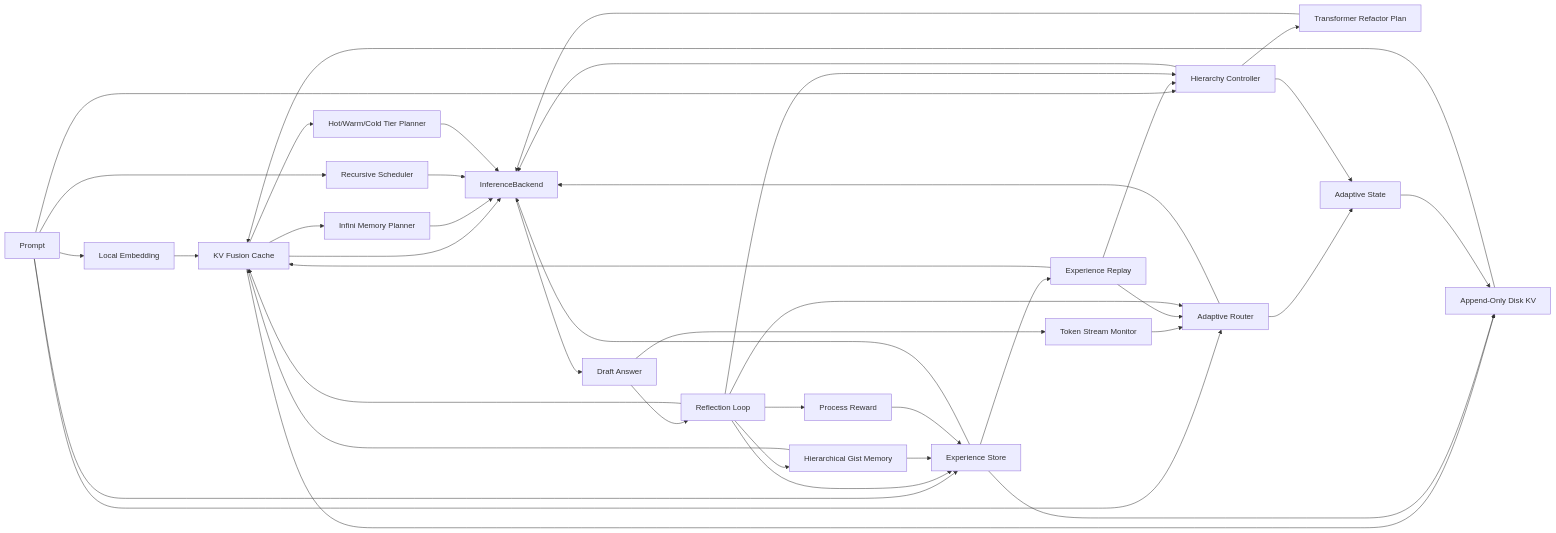
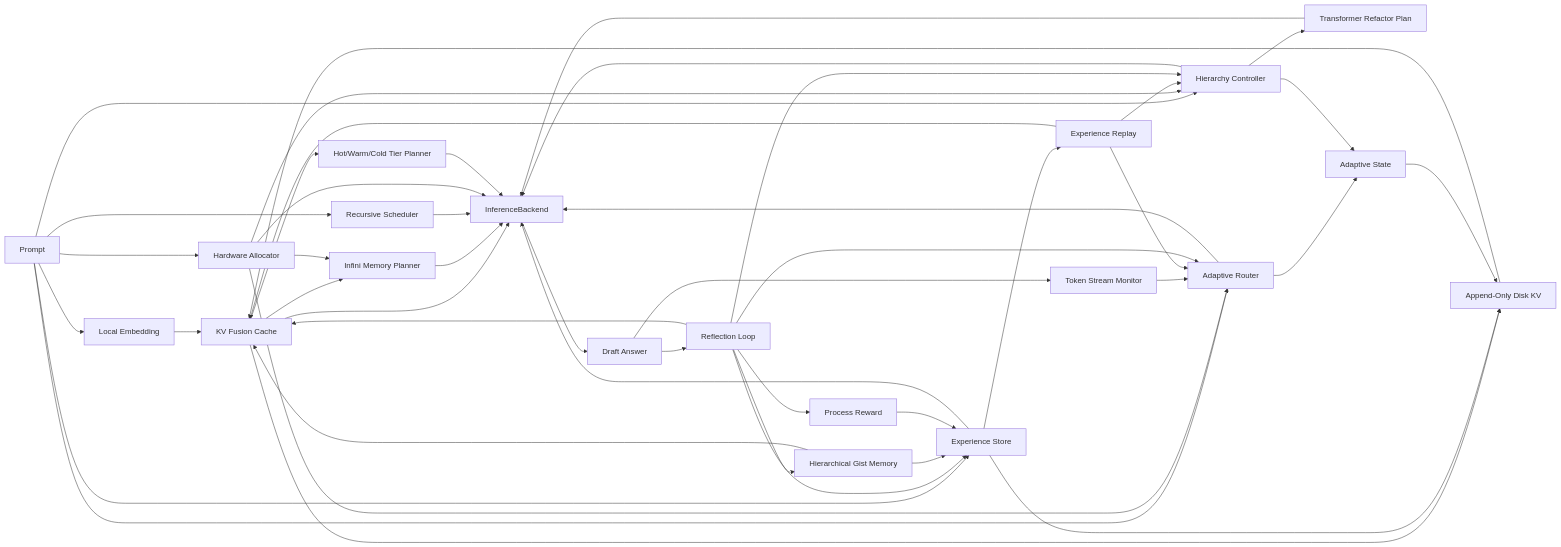
One commit to yanghao1143/rust-norion changed the diagram in README.md. Above: the diagram before and after it, drawn with Mermaid. The commit also changed other lines of this file and 6 other files, not shown here.

````diff
--- a/README.md
+++ b/README.md
@@ -207,43 +214,48 @@
 ```mermaid
 flowchart LR
     Prompt[Prompt] --> Embed[Local Embedding]
     Embed --> Memory[KV Fusion Cache]
     Memory --> Infini[Infini Memory Planner]
     Memory --> DiskKV[Append-Only Disk KV]
     Memory --> Tiers[Hot/Warm/Cold Tier Planner]
     Prompt --> Router[Adaptive Router]
     Prompt --> Hierarchy[Hierarchy Controller]
     Prompt --> Recursive[Recursive Scheduler]
+    Prompt --> Hardware[Hardware Allocator]
     Prompt --> Experience[Experience Store]
     Hierarchy --> Transformer[Transformer Refactor Plan]
     Memory --> Backend[InferenceBackend]
     Infini --> Backend
     Recursive --> Backend
+    Hardware --> Router
+    Hardware --> Infini
+    Hardware --> Hierarchy
+    Hardware --> Backend
     DiskKV --> Memory
     Tiers --> Backend
     Experience --> Backend
     Transformer --> Backend
     Router --> Backend
     Hierarchy --> Backend
     Backend --> Draft[Draft Answer]
     Draft --> Stream[Token Stream Monitor]
     Draft --> Reflect[Reflection Loop]
     Reflect --> Gist[Hierarchical Gist Memory]
     Reflect --> Reward[Process Reward]
     Stream --> Router
     Reflect --> Experience[Experience Store]
     Reflect --> Memory
     Gist --> Experience
     Gist --> Memory
     Reward --> Experience
     Experience --> Replay[Experience Replay]
     Replay --> Router
     Replay --> Hierarchy
     Replay --> Memory
     Experience --> DiskKV
     Reflect --> Router
     Reflect --> Hierarchy
     Router --> Adaptive[Adaptive State]
     Hierarchy --> Adaptive
     Adaptive --> DiskKV
 ```
````
